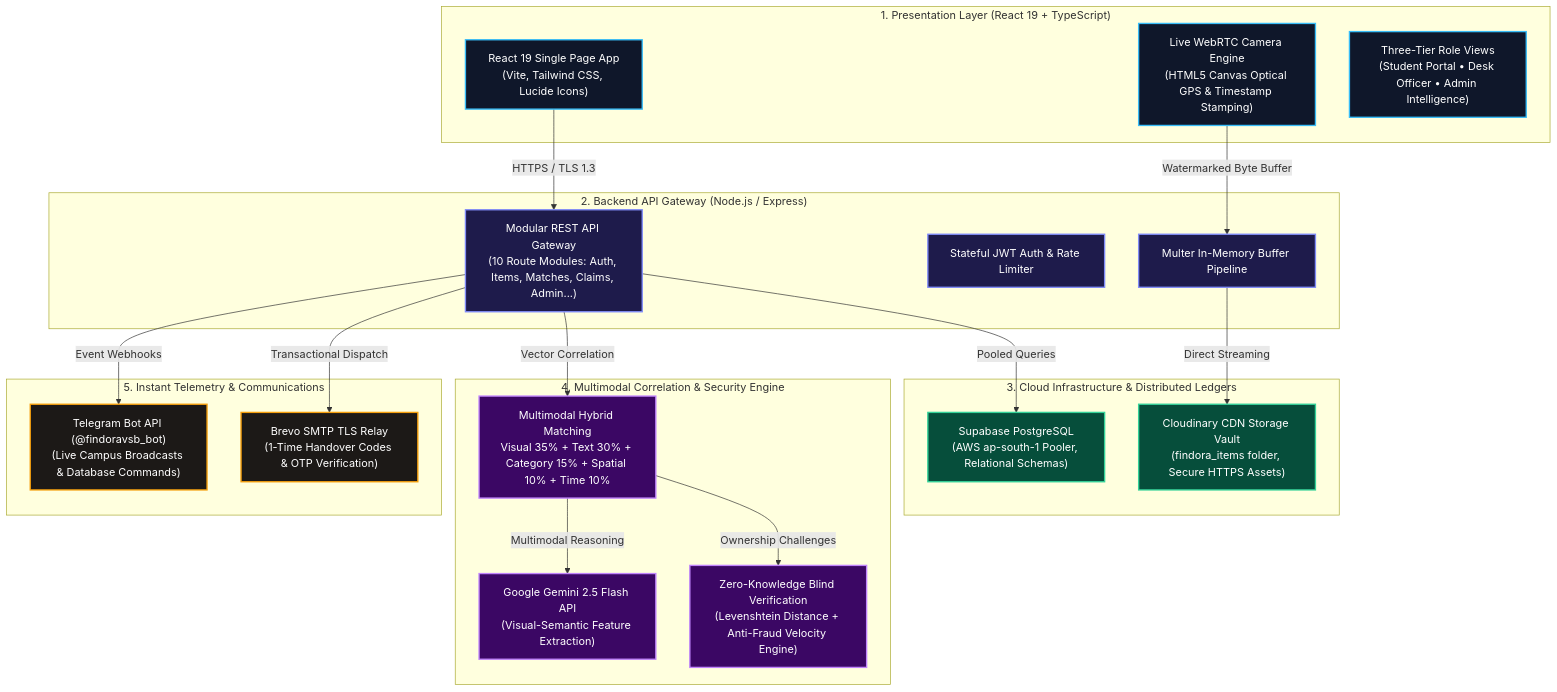
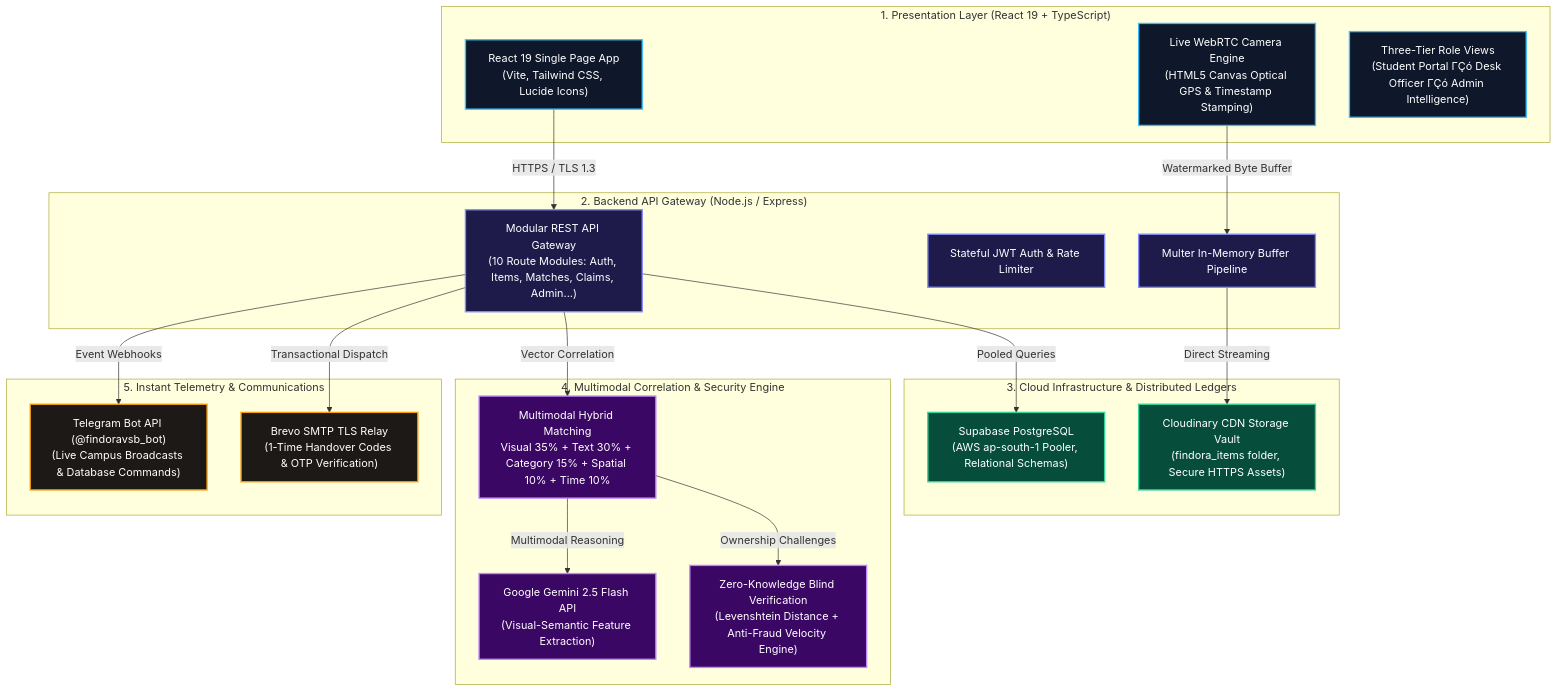
Before and after one commit to Tharun4743/Findora-ai: the diagram in README.md, drawn with Mermaid. The commit also changed other lines of this file, not shown here.

````diff
--- a/README.md
+++ b/README.md
@@ -40,46 +40,46 @@
 ```mermaid
 graph TD
     classDef client fill:#0f172a,stroke:#38bdf8,stroke-width:2px,color:#fff;
     classDef gateway fill:#1e1b4b,stroke:#818cf8,stroke-width:2px,color:#fff;
     classDef cloud fill:#064e3b,stroke:#34d399,stroke-width:2px,color:#fff;
     classDef ai fill:#3b0764,stroke:#c084fc,stroke-width:2px,color:#fff;
     classDef comms fill:#1c1917,stroke:#f59e0b,stroke-width:2px,color:#fff;
 
     subgraph PRESENTATION ["1. Presentation Layer (React 19 + TypeScript)"]
         UI_SPA["React 19 Single Page App<br/>(Vite, Tailwind CSS, Lucide Icons)"]:::client
         UI_CAM["Live WebRTC Camera Engine<br/>(HTML5 Canvas Optical GPS & Timestamp Stamping)"]:::client
-        UI_ROLES["Three-Tier Role Views<br/>(Student Portal • Desk Officer • Admin Intelligence)"]:::client
+        UI_ROLES["Three-Tier Role Views<br/>(Student Portal ΓÇó Desk Officer ΓÇó Admin Intelligence)"]:::client
     end
 
     subgraph GATEWAY ["2. Backend API Gateway (Node.js / Express)"]
         API_ROUTER["Modular REST API Gateway<br/>(10 Route Modules: Auth, Items, Matches, Claims, Admin...)"]:::gateway
         API_AUTH["Stateful JWT Auth & Rate Limiter"]:::gateway
         API_BUF["Multer In-Memory Buffer Pipeline"]:::gateway
     end
 
     subgraph STORAGE ["3. Cloud Infrastructure & Distributed Ledgers"]
         DB_SUPA["Supabase PostgreSQL<br/>(AWS ap-south-1 Pooler, Relational Schemas)"]:::cloud
         CDN_CLOUD["Cloudinary CDN Storage Vault<br/>(findora_items folder, Secure HTTPS Assets)"]:::cloud
     end
 
     subgraph INTELLIGENCE ["4. Multimodal Correlation & Security Engine"]
         AI_GEMINI["Google Gemini 2.5 Flash API<br/>(Visual-Semantic Feature Extraction)"]:::ai
         AI_FUSION["Multimodal Hybrid Matching<br/>Visual 35% + Text 30% + Category 15% + Spatial 10% + Time 10%"]:::ai
         AI_VERIFY["Zero-Knowledge Blind Verification<br/>(Levenshtein Distance + Anti-Fraud Velocity Engine)"]:::ai
     end
 
     subgraph COMMS ["5. Instant Telemetry & Communications"]
         TG_BOT["Telegram Bot API (@findoravsb_bot)<br/>(Live Campus Broadcasts & Database Commands)"]:::comms
         EMAIL_BREVO["Brevo SMTP TLS Relay<br/>(1-Time Handover Codes & OTP Verification)"]:::comms
     end
 
     UI_SPA -->|HTTPS / TLS 1.3| API_ROUTER
     UI_CAM -->|Watermarked Byte Buffer| API_BUF
     API_BUF -->|Direct Streaming| CDN_CLOUD
     API_ROUTER -->|Pooled Queries| DB_SUPA
     API_ROUTER -->|Vector Correlation| AI_FUSION
     AI_FUSION -->|Multimodal Reasoning| AI_GEMINI
     AI_FUSION -->|Ownership Challenges| AI_VERIFY
     API_ROUTER -->|Event Webhooks| TG_BOT
     API_ROUTER -->|Transactional Dispatch| EMAIL_BREVO
 ```
````
